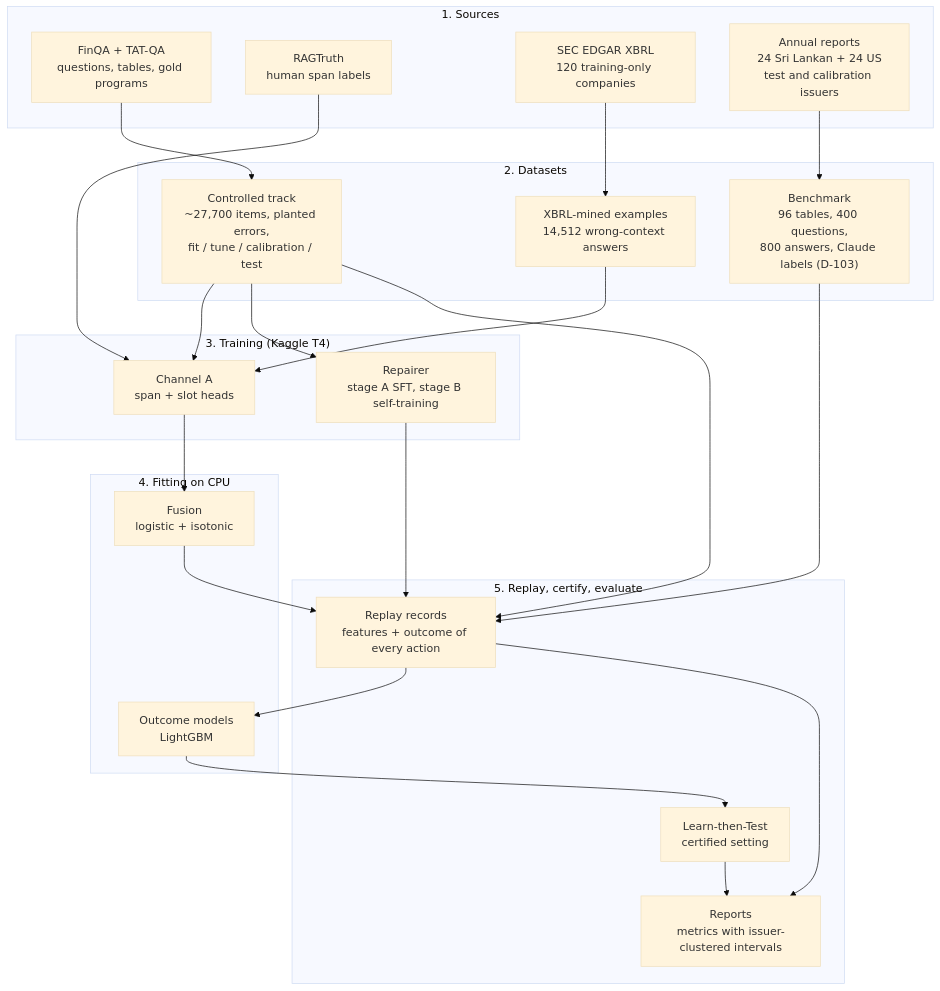
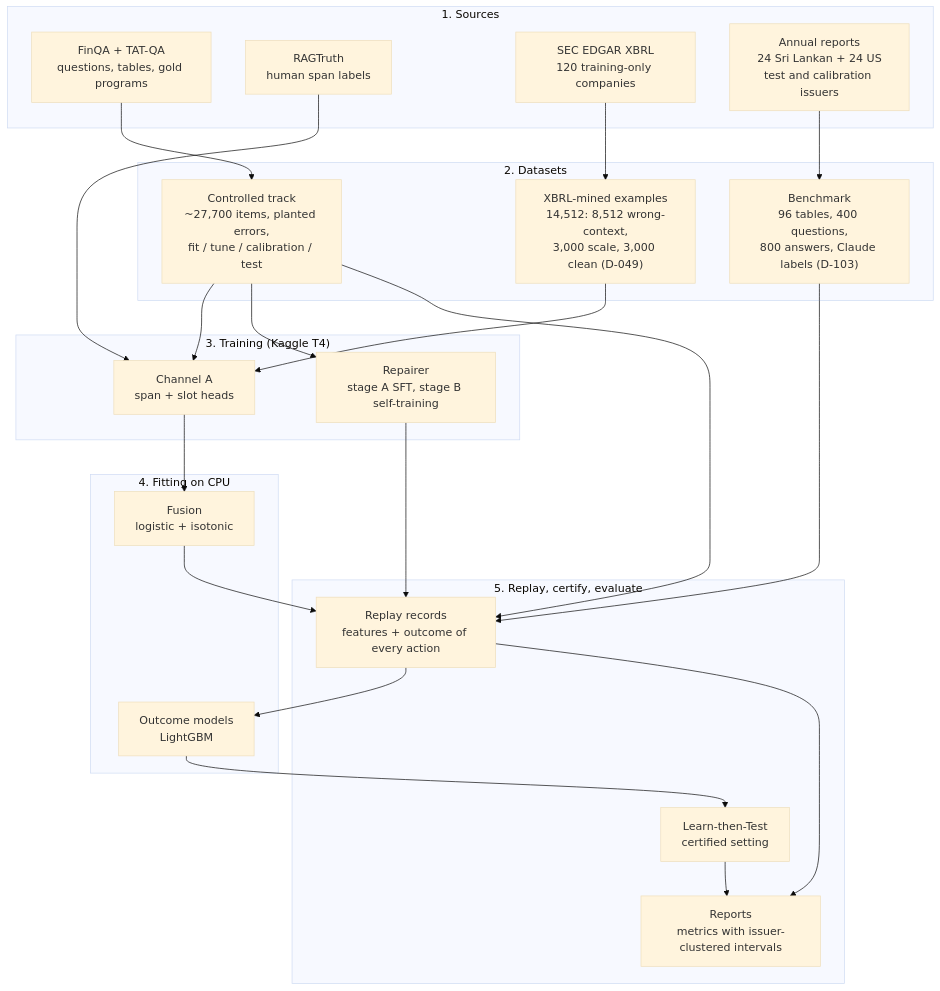
The third of 32 diagrams in docs/architecture.md (SharafThawfeek/FaithGurd-new), drawn with Mermaid (base theme) before and after one commit. The commit also changed other lines of this file and 38 other files, not shown here.

````diff
--- a/docs/architecture.md
+++ b/docs/architecture.md
@@ -150,41 +150,41 @@
 ```mermaid
 flowchart TD
     subgraph S1["1. Sources"]
         FQ["FinQA + TAT-QA<br/>questions, tables, gold programs"]
         RT["RAGTruth<br/>human span labels"]
         XB["SEC EDGAR XBRL<br/>120 training-only companies"]
         AR["Annual reports<br/>24 Sri Lankan + 24 US<br/>test and calibration issuers"]
     end
     subgraph S2["2. Datasets"]
         CT["Controlled track<br/>~27,700 items, planted errors,<br/>fit / tune / calibration / test"]
-        XM["XBRL-mined examples<br/>14,512 wrong-context answers"]
+        XM["XBRL-mined examples<br/>14,512: 8,512 wrong-context,<br/>3,000 scale, 3,000 clean (D-049)"]
         BM["Benchmark<br/>96 tables, 400 questions,<br/>800 answers, Claude labels (D-103)"]
     end
     subgraph S3["3. Training (Kaggle T4)"]
         TA["Channel A<br/>span + slot heads"]
         TR["Repairer<br/>stage A SFT, stage B self-training"]
     end
     subgraph S4["4. Fitting on CPU"]
         FU["Fusion<br/>logistic + isotonic"]
         OM["Outcome models<br/>LightGBM"]
     end
     subgraph S5["5. Replay, certify, evaluate"]
         RP["Replay records<br/>features + outcome of every action"]
         LT["Learn-then-Test<br/>certified setting"]
         EV["Reports<br/>metrics with issuer-clustered intervals"]
     end
     FQ --> CT
     XB --> XM
     AR --> BM
     CT --> TA
     RT --> TA
     XM --> TA
     CT --> TR
     TA --> FU
     CT --> RP
     BM --> RP
     TR --> RP
     FU --> RP
     RP --> OM --> LT --> EV
     RP --> EV
 ```
````
